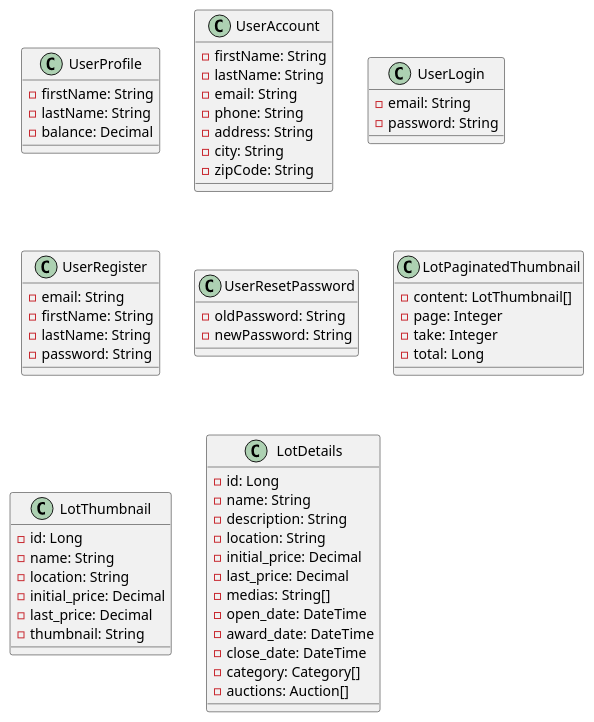
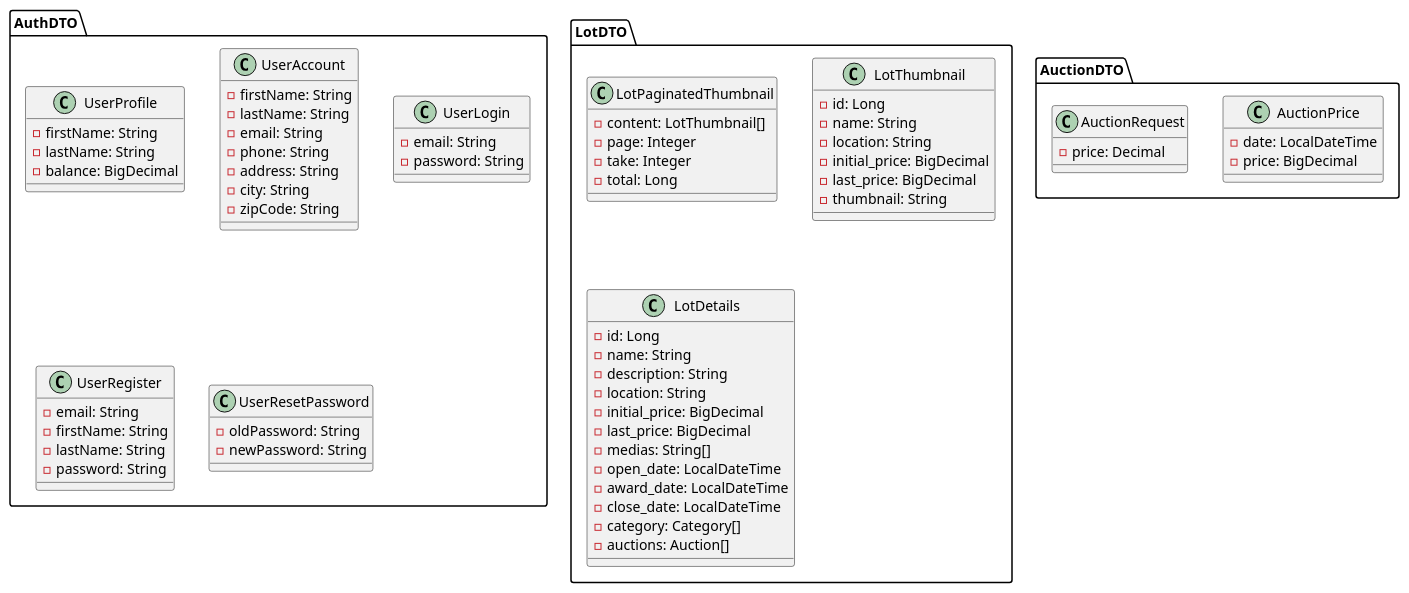
The diagram in docs/dto.puml (ETML-ES-LABEFE-MANUEL-THEO/BACKEND), drawn with PlantUML before and after one commit. The commit also changed 3 other files, not shown here.

```diff
--- a/docs/dto.puml
+++ b/docs/dto.puml
@@ -1,67 +1,81 @@
 @startuml
 
-class UserProfile {
-    -firstName: String
-    -lastName: String
-    -balance: Decimal
+package AuthDTO {
+    class UserProfile {
+        -firstName: String
+        -lastName: String
+        -balance: BigDecimal
+    }
+
+    class UserAccount {
+        -firstName: String
+        -lastName: String
+        -email: String
+        -phone: String
+        -address: String
+        -city: String
+        -zipCode: String
+    }
+
+    class UserLogin {
+        -email: String
+        -password: String
+    }
+
+    class UserRegister {
+        -email: String
+        -firstName: String
+        -lastName: String
+        -password: String
+    }
+
+    class UserResetPassword {
+        -oldPassword: String
+        -newPassword: String
+    }
 }
 
-class UserAccount {
-    -firstName: String
-    -lastName: String
-    -email: String
-    -phone: String
-    -address: String
-    -city: String
-    -zipCode: String
+package LotDTO {
+    class LotPaginatedThumbnail {
+        -content: LotThumbnail[]
+        -page: Integer
+        -take: Integer
+        -total: Long
+    }
+
+    class LotThumbnail {
+        -id: Long
+        -name: String
+        -location: String
+        -initial_price: BigDecimal
+        -last_price: BigDecimal
+        -thumbnail: String
+    }
+
+    class LotDetails {
+        -id: Long
+        -name: String
+        -description: String
+        -location: String
+        -initial_price: BigDecimal
+        -last_price: BigDecimal
+        -medias: String[]
+        -open_date: LocalDateTime
+        -award_date: LocalDateTime
+        -close_date: LocalDateTime
+        -category: Category[]
+        -auctions: Auction[]
+    }
 }
 
-class UserLogin {
-    -email: String
-    -password: String
+package AuctionDTO {
+    class AuctionPrice {
+        -date: LocalDateTime
+        -price: BigDecimal
+    }
+
+    class AuctionRequest {
+        -price: Decimal
+    }
 }
-
-class UserRegister {
-    -email: String
-    -firstName: String
-    -lastName: String
-    -password: String
-}
-
-class UserResetPassword {
-    -oldPassword: String
-    -newPassword: String
-}
-
-class LotPaginatedThumbnail {
-    -content: LotThumbnail[]
-    -page: Integer
-    -take: Integer
-    -total: Long
-}
-
-class LotThumbnail {
-    -id: Long
-    -name: String
-    -location: String
-    -initial_price: Decimal
-    -last_price: Decimal
-    -thumbnail: String
-}
-
-class LotDetails {
-    -id: Long
-    -name: String
-    -description: String
-    -location: String
-    -initial_price: Decimal
-    -last_price: Decimal
-    -medias: String[]
-    -open_date: DateTime
-    -award_date: DateTime
-    -close_date: DateTime
-    -category: Category[]
-    -auctions: Auction[]
-}
-
 @enduml
```
